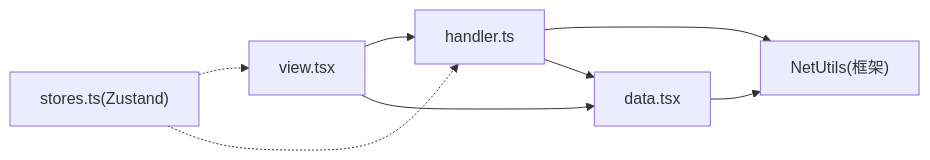
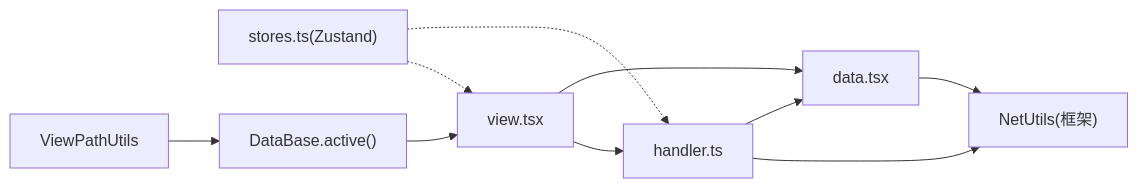
Before and after one commit to liqiongke/FrontArk: the seventh of 7 diagrams in .qoder/repowiki/zh/content/架构设计/数据流管理/数据流管理.md, drawn with Mermaid. The commit also changed other lines of this file and 17 other files, not shown here.

````diff
--- a/.qoder/repowiki/zh/content/架构设计/数据流管理/数据流管理.md
+++ b/.qoder/repowiki/zh/content/架构设计/数据流管理/数据流管理.md
@@ -263,10 +306,12 @@
 ```mermaid
 graph LR
 V["view.tsx"] --> H["handler.ts"]
 V --> D["data.tsx"]
 H --> N["NetUtils(框架)"]
 H --> D
 D --> N
 S["stores.ts(Zustand)"] -.-> V
 S -.-> H
+BP["DataBase.active()"] --> V
+VP["ViewPathUtils"] --> BP
 ```
````
